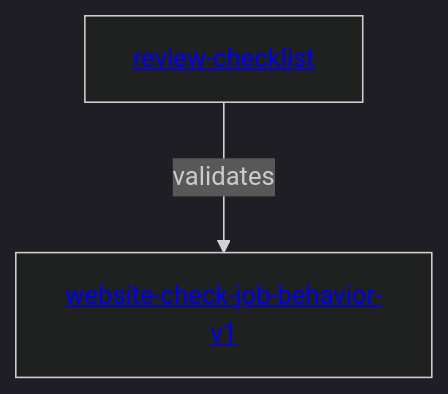
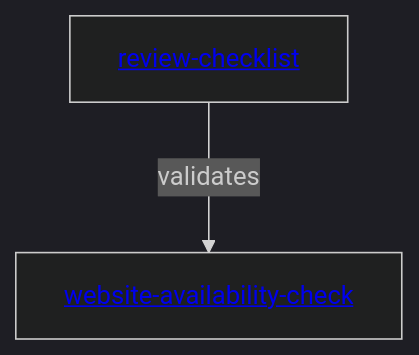
One commit to vrparthasarathy/migration-job-discovery changed the diagram in website-check-job-behavior/README.md. Above: the diagram before and after it, drawn with Mermaid (dark theme). The commit also changed other lines of this file and 6 other files, not shown here.

Commit message:
Revise Website Check Job Behavior.

````diff
--- a/website-check-job-behavior/README.md
+++ b/website-check-job-behavior/README.md
@@ -24,10 +23,10 @@
 ```mermaid
 ---
 config:
   layout: elk
 ---
 %%{init: {"securityLevel": "loose"}}%%
 flowchart TB
-  spec["<a href='website-check-job-behavior-v1.md'>website-check-job-behavior-v1</a>"]
+  spec["<a href='website-availability-check.md'>website-availability-check</a>"]
   chk["<a href='review-checklist.md'>review-checklist</a>"] -->|validates| spec
 ```
````
